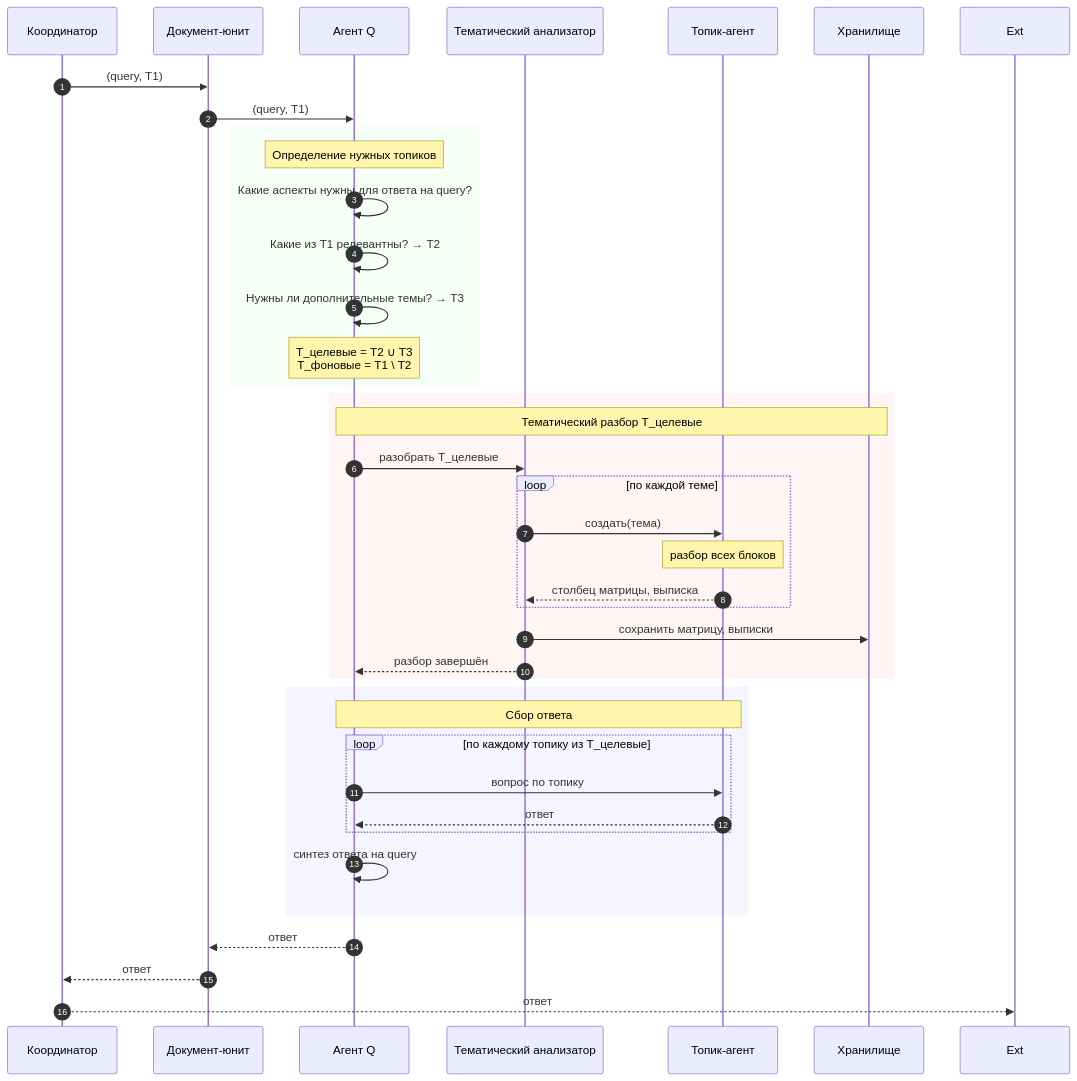
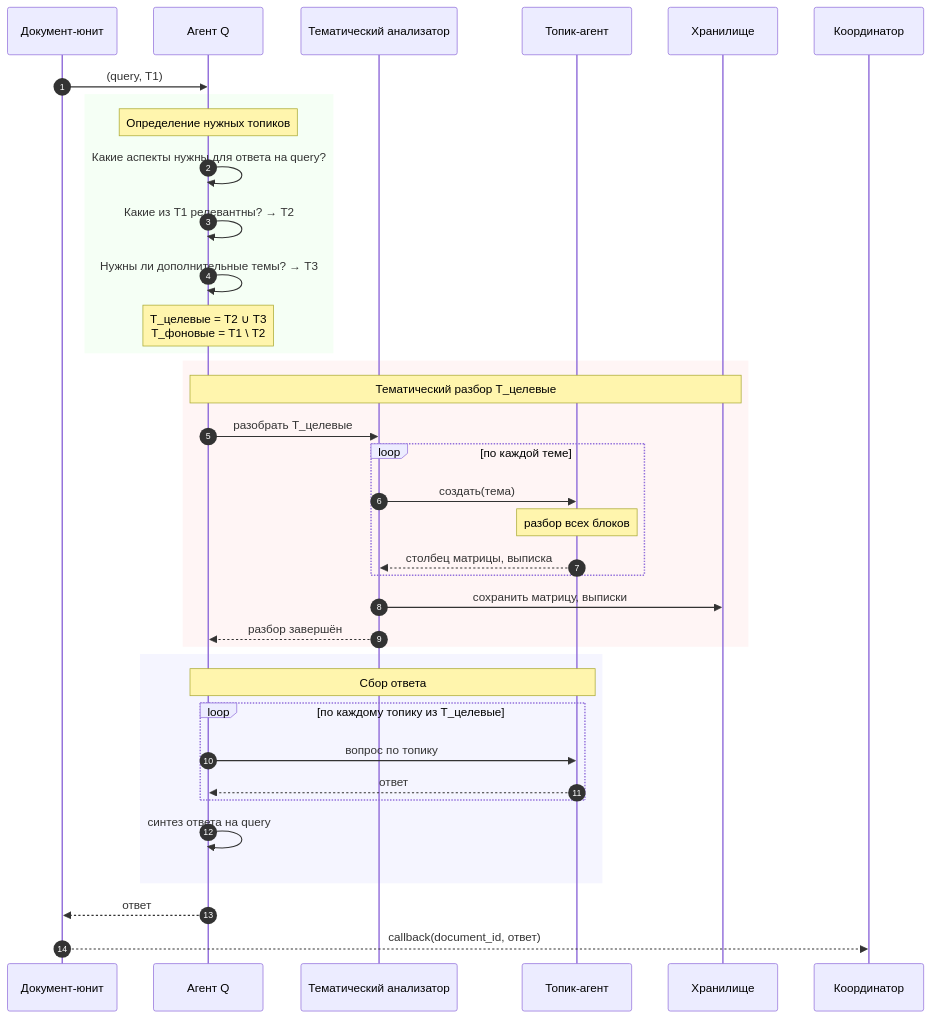
The sixth of 15 diagrams in 00_docs/architecture/ADPS_Architecture_L3.md (Dieugene/agentic-doc-processing), drawn with Mermaid before and after one commit. The commit also changed other lines of this file and 5 other files, not shown here.

First line of the commit message:
Refactor architecture documentation: consolidate L3, add overview and implementation phases

````diff
--- a/00_docs/architecture/ADPS_Architecture_L3.md
+++ b/00_docs/architecture/ADPS_Architecture_L3.md
@@ -299,46 +353,44 @@
 ```mermaid
 sequenceDiagram
     autonumber
-    participant Coord as Координатор
     participant Doc as Документ-юнит
     participant Q as Агент Q
     participant TA as Тематический анализатор
     participant TAgent as Топик-агент
     participant Store as Хранилище
+    participant Coord as Координатор
 
-    Coord->>Doc: (query, Т1)
     Doc->>Q: (query, Т1)
     
     rect rgb(245, 255, 245)
         Note over Q: Определение нужных топиков
         Q->>Q: Какие аспекты нужны для ответа на query?
         Q->>Q: Какие из Т1 релевантны? → Т2
         Q->>Q: Нужны ли дополнительные темы? → Т3
         Note over Q: Т_целевые = Т2 ∪ Т3<br/>Т_фоновые = Т1 \ Т2
     end
     
     rect rgb(255, 245, 245)
         Note over Q,Store: Тематический разбор Т_целевые
         Q->>TA: разобрать Т_целевые
         loop по каждой теме
             TA->>TAgent: создать(тема)
             Note over TAgent: разбор всех блоков
             TAgent-->>TA: столбец матрицы, выписка
         end
         TA->>Store: сохранить матрицу, выписки
         TA-->>Q: разбор завершён
     end
     
     rect rgb(245, 245, 255)
         Note over Q,TAgent: Сбор ответа
         loop по каждому топику из Т_целевые
             Q->>TAgent: вопрос по топику
             TAgent-->>Q: ответ
         end
         Q->>Q: синтез ответа на query
     end
     
     Q-->>Doc: ответ
-    Doc-->>Coord: ответ
-    Coord-->>Ext: ответ
+    Doc-->>Coord: callback(document_id, ответ)
 ```
````
